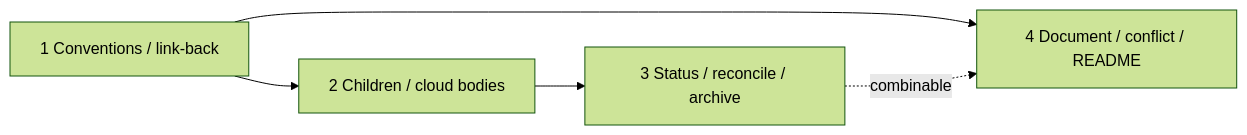
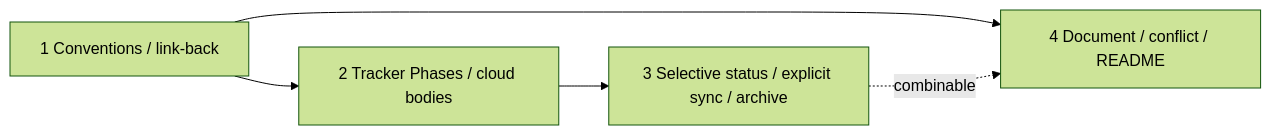
The diagram in spec_docs/linear-integration/implementation-plan.md (Funder75/spec-skill-set), drawn with Mermaid (forest theme) before and after one commit. The commit also changed other lines of this file and 5 other files, not shown here.

````diff
--- a/spec_docs/linear-integration/implementation-plan.md
+++ b/spec_docs/linear-integration/implementation-plan.md
@@ -18,7 +18,7 @@
 ```mermaid
 flowchart LR
-  P1[1 Conventions / link-back] --> P2[2 Children / cloud bodies]
+  P1[1 Conventions / link-back] --> P2[2 Tracker Phases / cloud bodies]
   P1 --> P4[4 Document / conflict / README]
-  P2 --> P3[3 Status / reconcile / archive]
+  P2 --> P3[3 Selective status / explicit sync / archive]
   P3 -.->|combinable| P4
 ```
````
